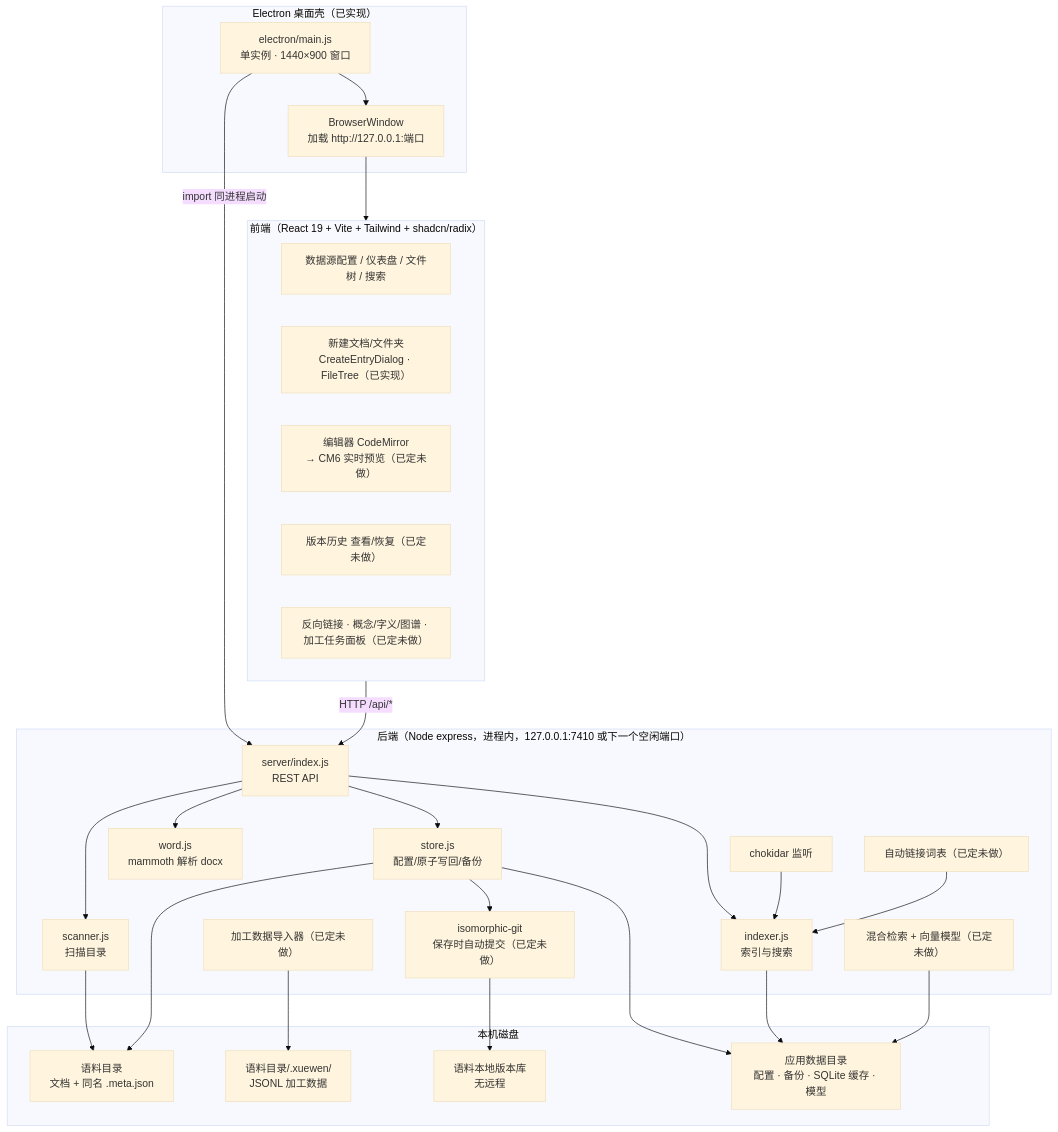
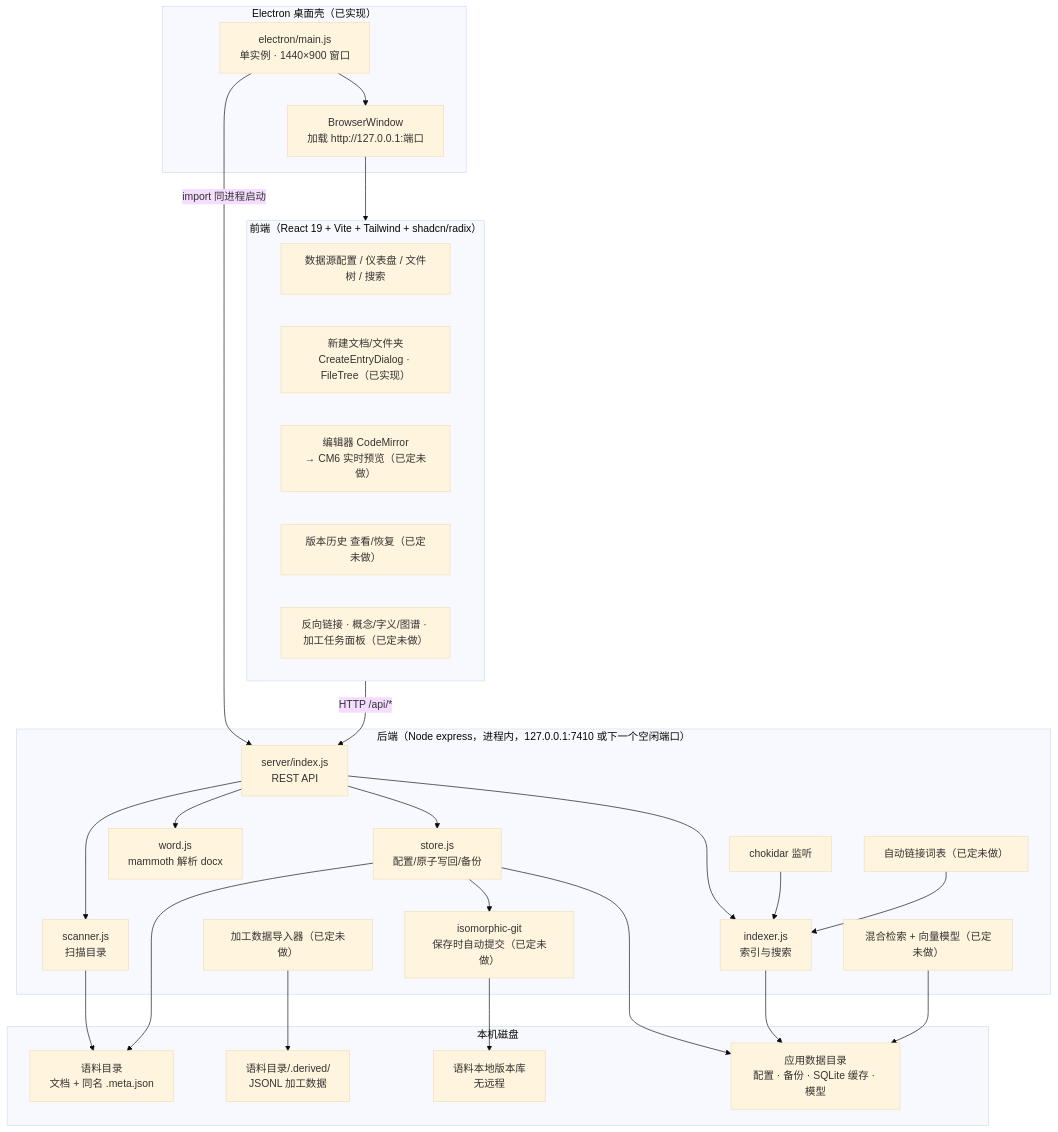
Before and after one commit to misakaikato/xuewen-workbench: the first of 2 diagrams in docs/ARCHITECTURE.md, drawn with Mermaid (base theme). The commit also changed other lines of this file and 5 other files, not shown here.

First line of the commit message:
♻️ refactor(derived): 加工数据目录 .xuewen → .derived

````diff
--- a/docs/ARCHITECTURE.md
+++ b/docs/ARCHITECTURE.md
@@ -35,51 +35,51 @@
 ```mermaid
 flowchart TB
   subgraph Electron["Electron 桌面壳（已实现）"]
     Main["electron/main.js<br/>单实例 · 1440×900 窗口"]
     Win["BrowserWindow<br/>加载 http://127.0.0.1:端口"]
   end
 
   subgraph FE["前端（React 19 + Vite + Tailwind + shadcn/radix）"]
     UI["数据源配置 / 仪表盘 / 文件树 / 搜索"]
     Create["新建文档/文件夹<br/>CreateEntryDialog · FileTree（已实现）"]
     Editor["编辑器 CodeMirror<br/>→ CM6 实时预览（已定未做）"]
     History["版本历史 查看/恢复（已定未做）"]
     Panels["反向链接 · 概念/字义/图谱 · 加工任务面板（已定未做）"]
   end
 
   subgraph BE["后端（Node express，进程内，127.0.0.1:7410 或下一个空闲端口）"]
     API["server/index.js<br/>REST API"]
     Scanner["scanner.js<br/>扫描目录"]
     Indexer["indexer.js<br/>索引与搜索"]
     Store["store.js<br/>配置/原子写回/备份"]
     Word["word.js<br/>mammoth 解析 docx"]
     Watch["chokidar 监听"]
     RAG["混合检索 + 向量模型（已定未做）"]
     Links["自动链接词表（已定未做）"]
     Import["加工数据导入器（已定未做）"]
     VC["isomorphic-git<br/>保存时自动提交（已定未做）"]
   end
 
   subgraph Disk["本机磁盘"]
     Corpus["语料目录<br/>文档 + 同名 .meta.json"]
-    Xuewen["语料目录/.xuewen/<br/>JSONL 加工数据"]
+    Xuewen["语料目录/.derived/<br/>JSONL 加工数据"]
     CorpusGit["语料本地版本库<br/>无远程"]
     AppData["应用数据目录<br/>配置 · 备份 · SQLite 缓存 · 模型"]
   end
 
   Main -->|import 同进程启动| API
   Main --> Win
   Win --> FE
   FE -->|HTTP /api/*| API
   API --> Scanner & Indexer & Store & Word
   Watch --> Indexer
   Scanner --> Corpus
   Store --> Corpus
   Store --> AppData
   Indexer --> AppData
   RAG --> AppData
   Import --> Xuewen
   Store --> VC
   VC --> CorpusGit
   Links --> Indexer
 ```
````
